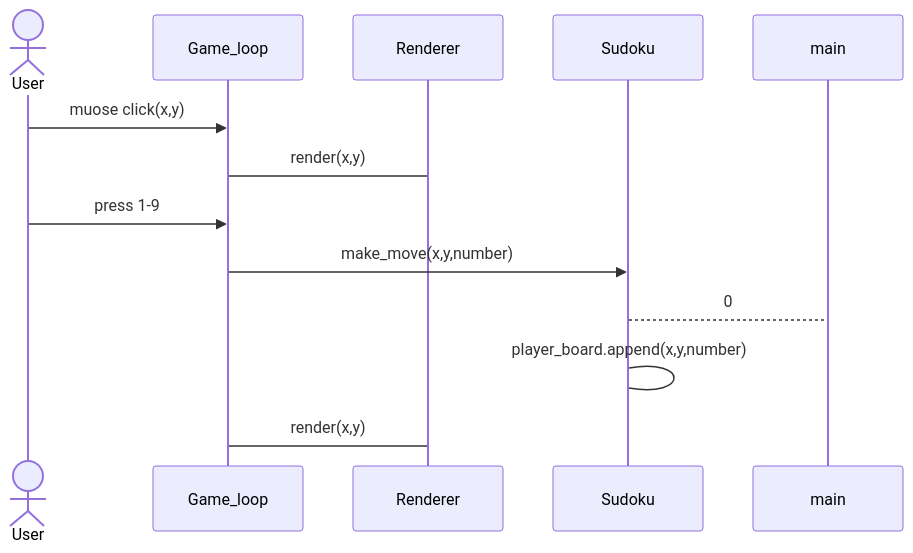
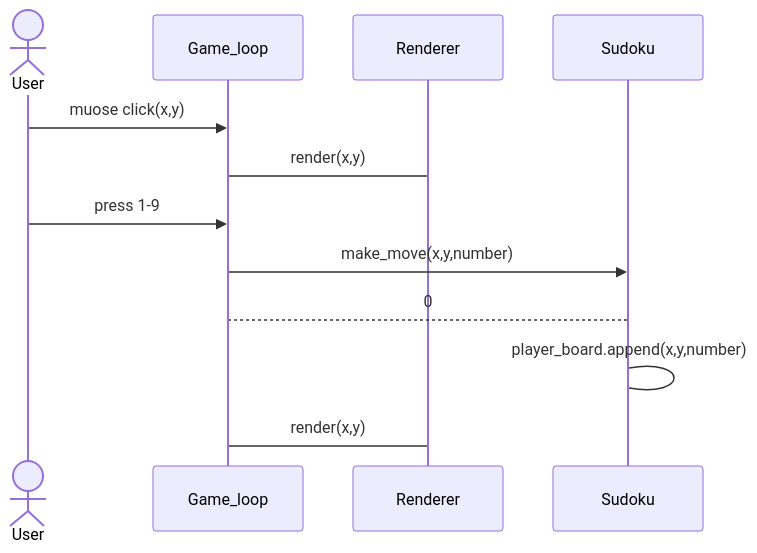
One commit to Nanotiike/ot-harjoitustyo changed the diagram in dokumentaatio/arkkitehtuuri.md. Above: the diagram before and after it, drawn with Mermaid.

````diff
--- a/dokumentaatio/arkkitehtuuri.md
+++ b/dokumentaatio/arkkitehtuuri.md
@@ -12,14 +12,14 @@
 ```mermaid
 sequenceDiagram
   actor User
   participant Game_loop
   participant Renderer
   participant Sudoku
   User ->> Game_loop: muose click(x,y)
   Game_loop -> Renderer: render(x,y)
   User ->> Game_loop: press 1-9
   Game_loop ->> Sudoku: make_move(x,y,number)
-  Sudoku --> main: 0
+  Sudoku --> Game_loop: 0
   Sudoku -> Sudoku: player_board.append(x,y,number)
   Game_loop -> Renderer: render(x,y)
 ```
````
